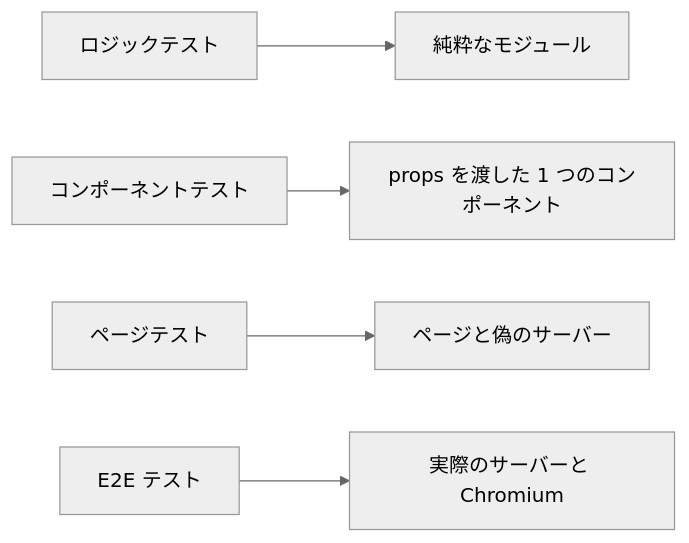
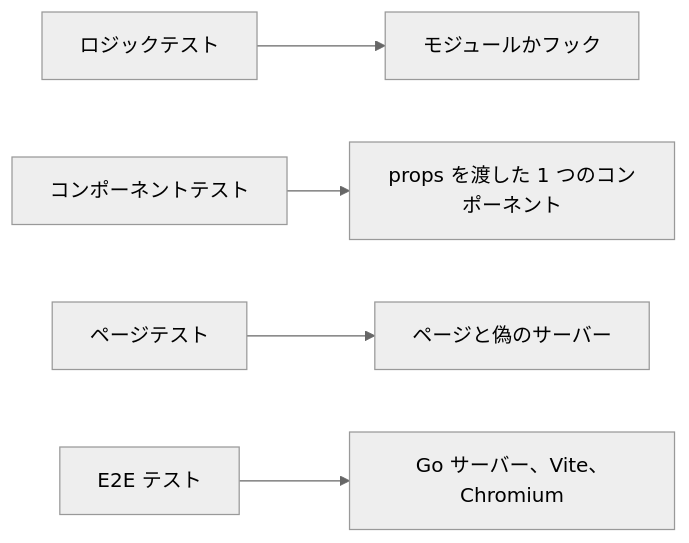
Before and after one commit to syudead/vv: the first of 2 diagrams in translations/ja/docs/design-docs/web-testing.md, drawn with Mermaid (neutral theme). The commit also changed other lines of this file and 1 other file, not shown here.

````diff
--- a/translations/ja/docs/design-docs/web-testing.md
+++ b/translations/ja/docs/design-docs/web-testing.md
@@ -12,7 +12,7 @@
 ```mermaid
 flowchart LR
-  logic[ロジックテスト] --> fn[純粋なモジュール]
+  logic[ロジックテスト] --> fn[モジュールかフック]
   component[コンポーネントテスト] --> one[props を渡した 1 つのコンポーネント]
   page[ページテスト] --> route[ページと偽のサーバー]
-  e2e[E2E テスト] --> real[実際のサーバーと Chromium]
+  e2e[E2E テスト] --> real[Go サーバー、Vite、Chromium]
 ```
````
